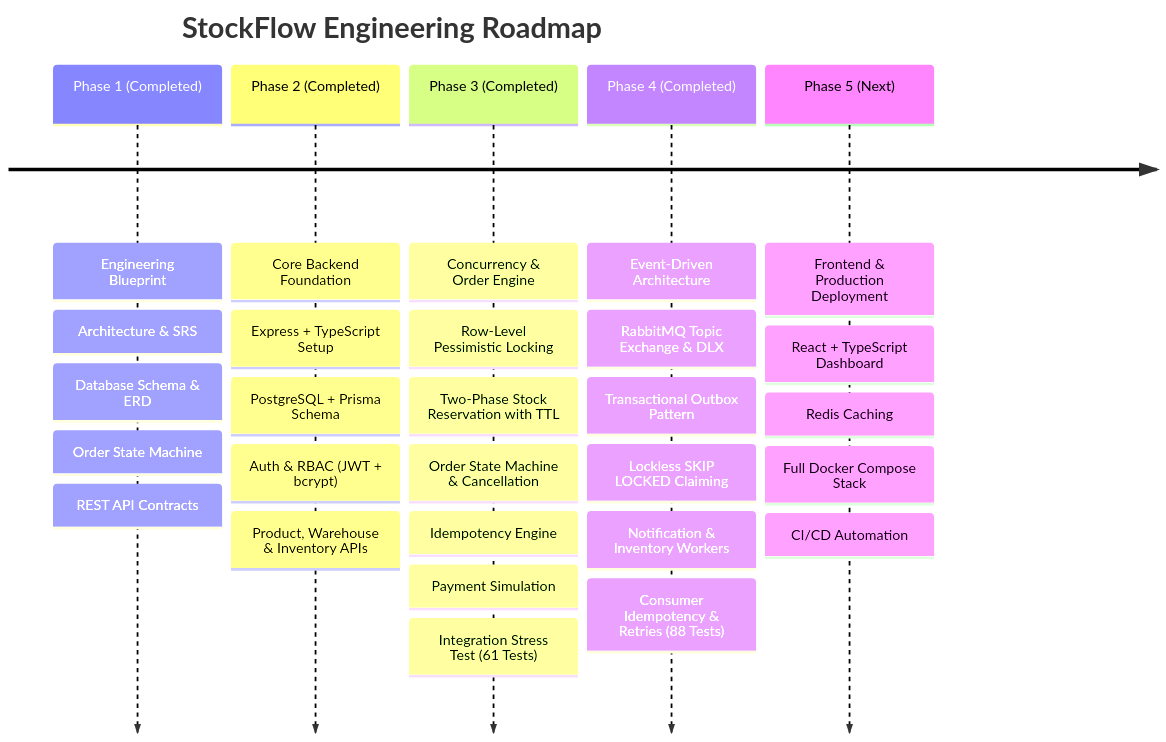
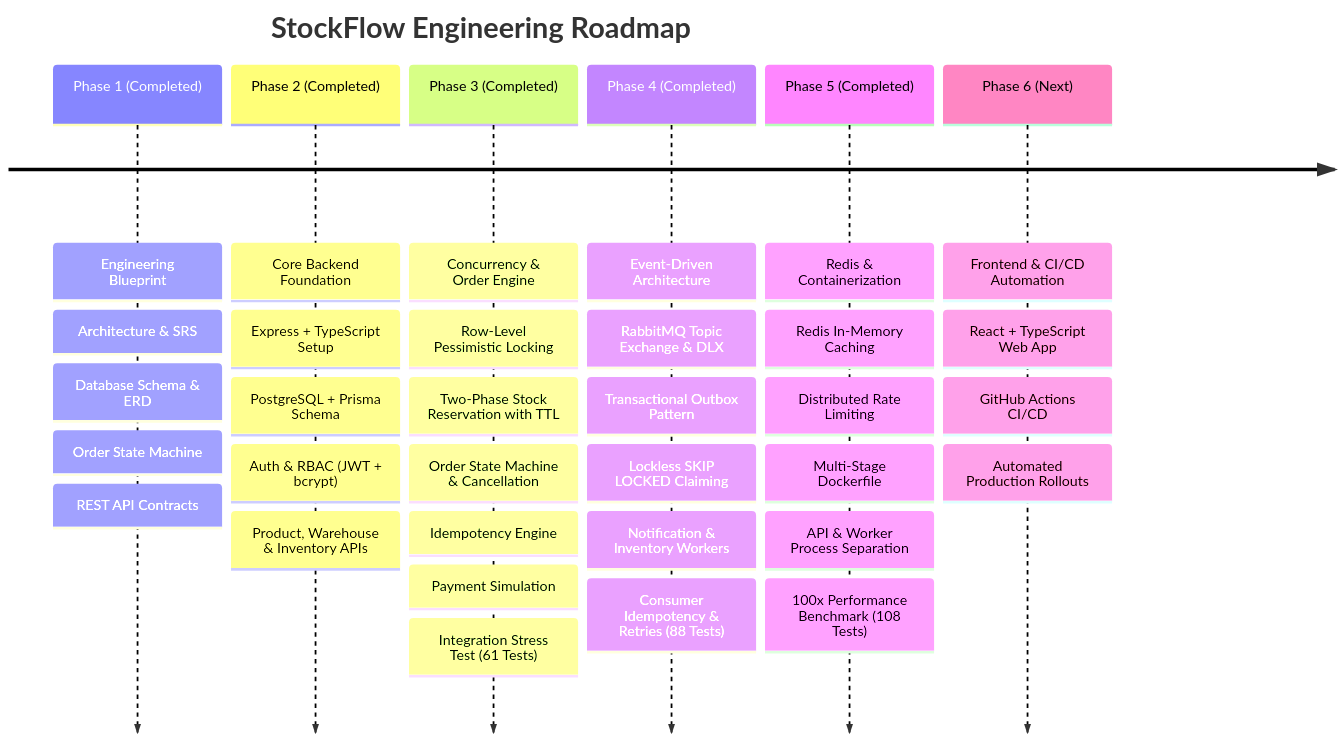
Before and after one commit to Sankalp13353/STOCK_FLOW: the diagram in README.md, drawn with Mermaid. The commit also changed other lines of this file and 33 other files, not shown here.

````diff
--- a/README.md
+++ b/README.md
@@ -42,9 +46,10 @@
 ```mermaid
 timeline
     title StockFlow Engineering Roadmap
     Phase 1 (Completed) : Engineering Blueprint : Architecture & SRS : Database Schema & ERD : Order State Machine : REST API Contracts
     Phase 2 (Completed) : Core Backend Foundation : Express + TypeScript Setup : PostgreSQL + Prisma Schema : Auth & RBAC (JWT + bcrypt) : Product, Warehouse & Inventory APIs
     Phase 3 (Completed) : Concurrency & Order Engine : Row-Level Pessimistic Locking : Two-Phase Stock Reservation with TTL : Order State Machine & Cancellation : Idempotency Engine : Payment Simulation : Integration Stress Test (61 Tests)
     Phase 4 (Completed) : Event-Driven Architecture : RabbitMQ Topic Exchange & DLX : Transactional Outbox Pattern : Lockless SKIP LOCKED Claiming : Notification & Inventory Workers : Consumer Idempotency & Retries (88 Tests)
-    Phase 5 (Next) : Frontend & Production Deployment : React + TypeScript Dashboard : Redis Caching : Full Docker Compose Stack : CI/CD Automation
+    Phase 5 (Completed) : Redis & Containerization : Redis In-Memory Caching : Distributed Rate Limiting : Multi-Stage Dockerfile : API & Worker Process Separation : 100x Performance Benchmark (108 Tests)
+    Phase 6 (Next) : Frontend & CI/CD Automation : React + TypeScript Web App : GitHub Actions CI/CD : Automated Production Rollouts
 ```
````
